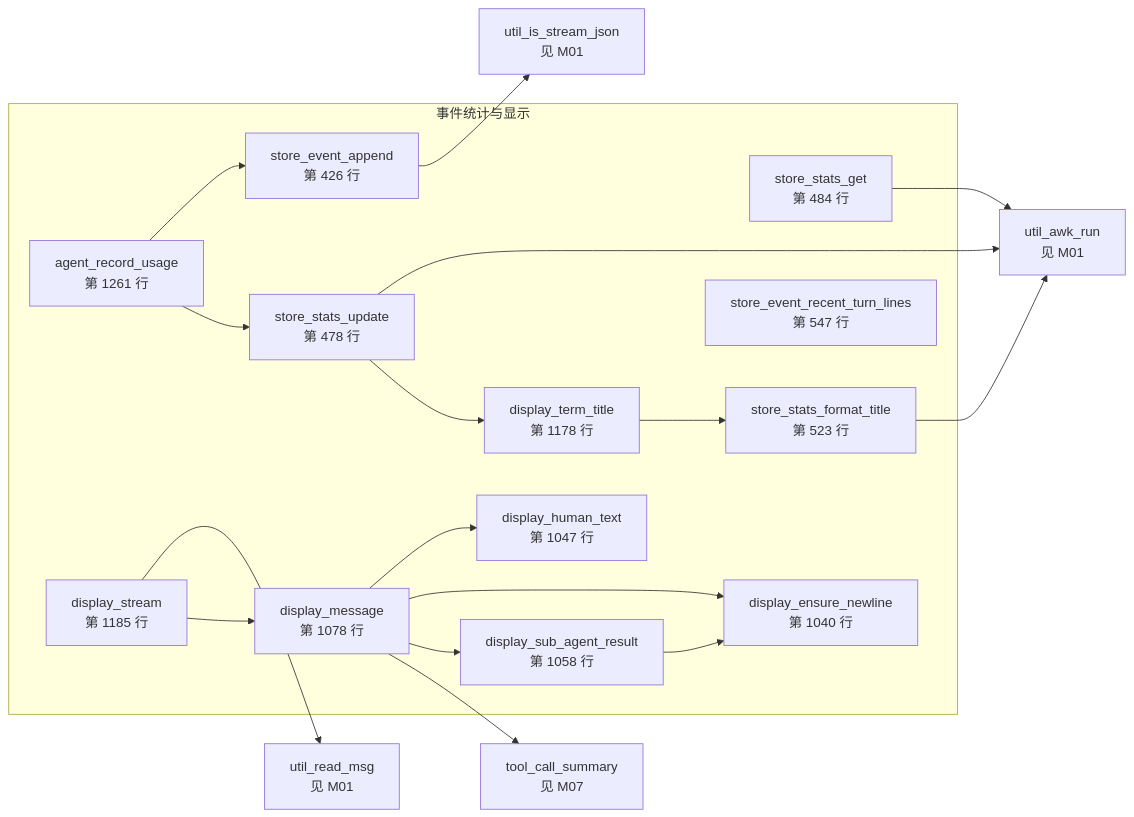
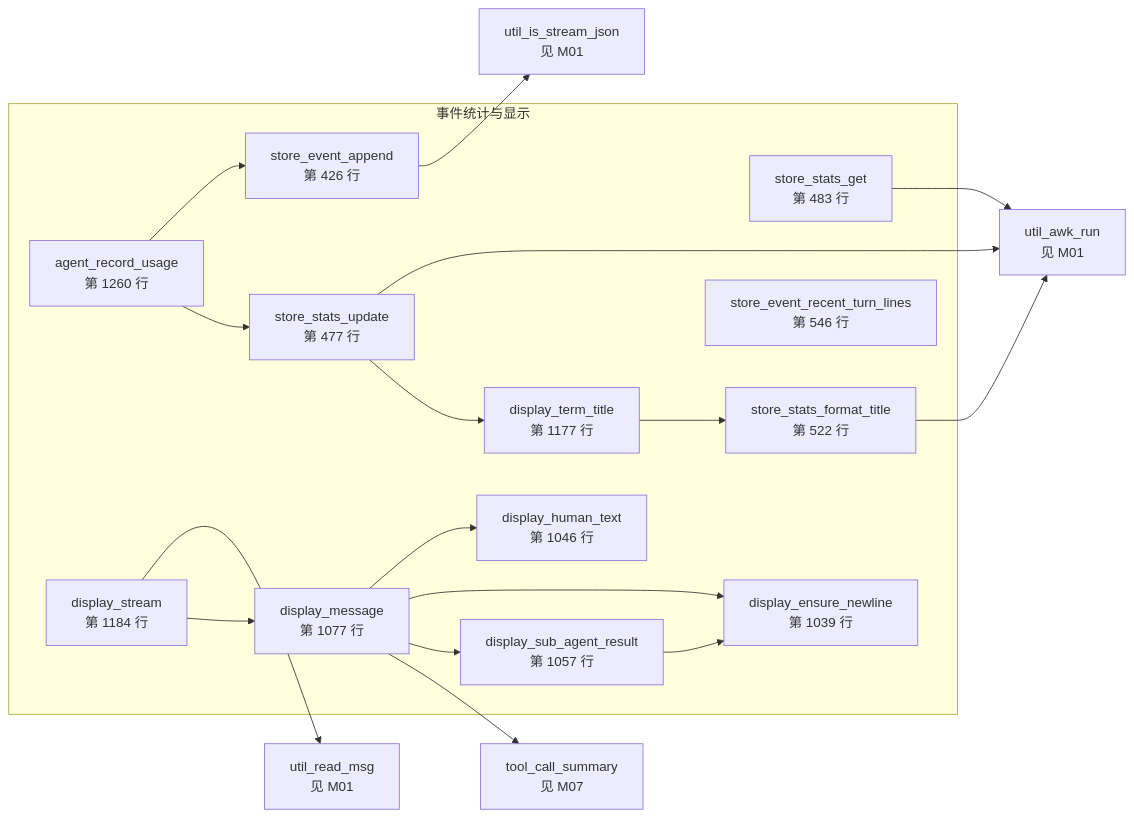
One commit to lloydzhou/bash-agent changed diagram 12 of 15 in docs/bash-data-flow.md. Above: the diagram before and after it, drawn with Mermaid. The commit also changed other lines of this file and 1 other file, not shown here.

Commit message:
style: 移除 store_conv_get_messages 接口注释

````diff
--- a/docs/bash-data-flow.md
+++ b/docs/bash-data-flow.md
@@ -513,36 +513,36 @@
 ```mermaid
 flowchart LR
   subgraph mod_10["事件统计与显示"]
     f_store_event_append["store_event_append<br/>第 426 行"]
-    f_store_stats_update["store_stats_update<br/>第 478 行"]
-    f_store_stats_get["store_stats_get<br/>第 484 行"]
-    f_store_stats_format_title["store_stats_format_title<br/>第 523 行"]
-    f_store_event_recent_turn_lines["store_event_recent_turn_lines<br/>第 547 行"]
-    f_agent_record_usage["agent_record_usage<br/>第 1261 行"]
-    f_display_ensure_newline["display_ensure_newline<br/>第 1040 行"]
-    f_display_human_text["display_human_text<br/>第 1047 行"]
-    f_display_sub_agent_result["display_sub_agent_result<br/>第 1058 行"]
-    f_display_message["display_message<br/>第 1078 行"]
-    f_display_term_title["display_term_title<br/>第 1178 行"]
-    f_display_stream["display_stream<br/>第 1185 行"]
+    f_store_stats_update["store_stats_update<br/>第 477 行"]
+    f_store_stats_get["store_stats_get<br/>第 483 行"]
+    f_store_stats_format_title["store_stats_format_title<br/>第 522 行"]
+    f_store_event_recent_turn_lines["store_event_recent_turn_lines<br/>第 546 行"]
+    f_agent_record_usage["agent_record_usage<br/>第 1260 行"]
+    f_display_ensure_newline["display_ensure_newline<br/>第 1039 行"]
+    f_display_human_text["display_human_text<br/>第 1046 行"]
+    f_display_sub_agent_result["display_sub_agent_result<br/>第 1057 行"]
+    f_display_message["display_message<br/>第 1077 行"]
+    f_display_term_title["display_term_title<br/>第 1177 行"]
+    f_display_stream["display_stream<br/>第 1184 行"]
   end
   f_tool_call_summary["tool_call_summary<br/>见 M07"]
   f_util_awk_run["util_awk_run<br/>见 M01"]
   f_util_is_stream_json["util_is_stream_json<br/>见 M01"]
   f_util_read_msg["util_read_msg<br/>见 M01"]
   f_store_event_append --> f_util_is_stream_json
   f_store_stats_update --> f_util_awk_run
   f_store_stats_update --> f_display_term_title
   f_store_stats_get --> f_util_awk_run
   f_store_stats_format_title --> f_util_awk_run
   f_agent_record_usage --> f_store_event_append
   f_agent_record_usage --> f_store_stats_update
   f_display_sub_agent_result --> f_display_ensure_newline
   f_display_message --> f_display_human_text
   f_display_message --> f_display_ensure_newline
   f_display_message --> f_display_sub_agent_result
   f_display_message --> f_tool_call_summary
   f_display_term_title --> f_store_stats_format_title
   f_display_stream --> f_util_read_msg
   f_display_stream --> f_display_message
 ```
````
